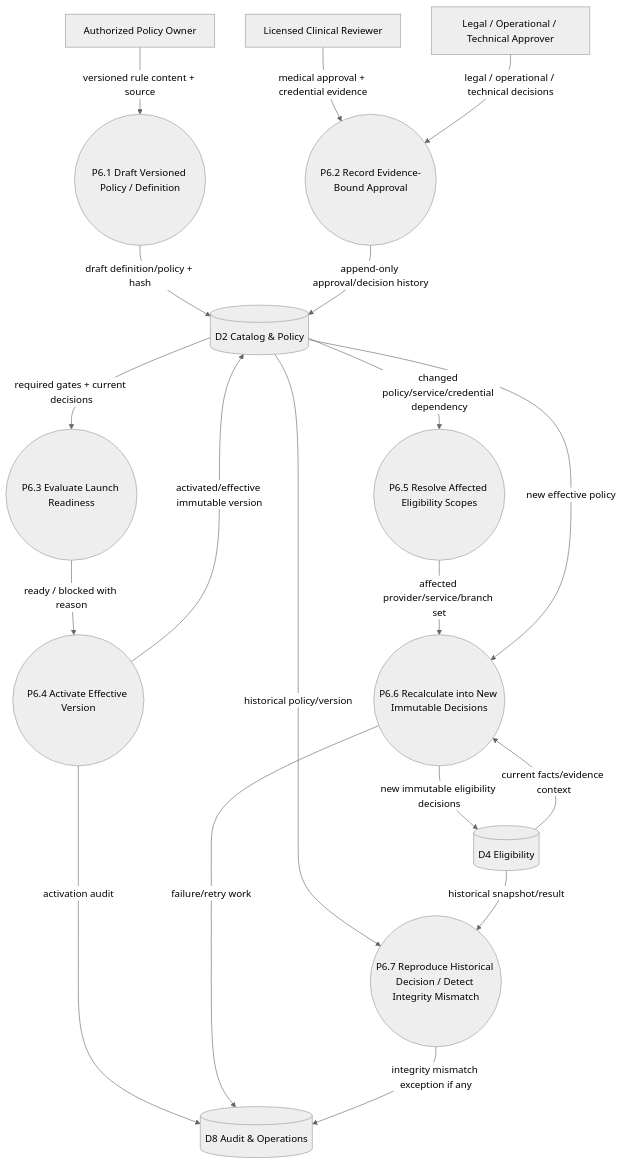
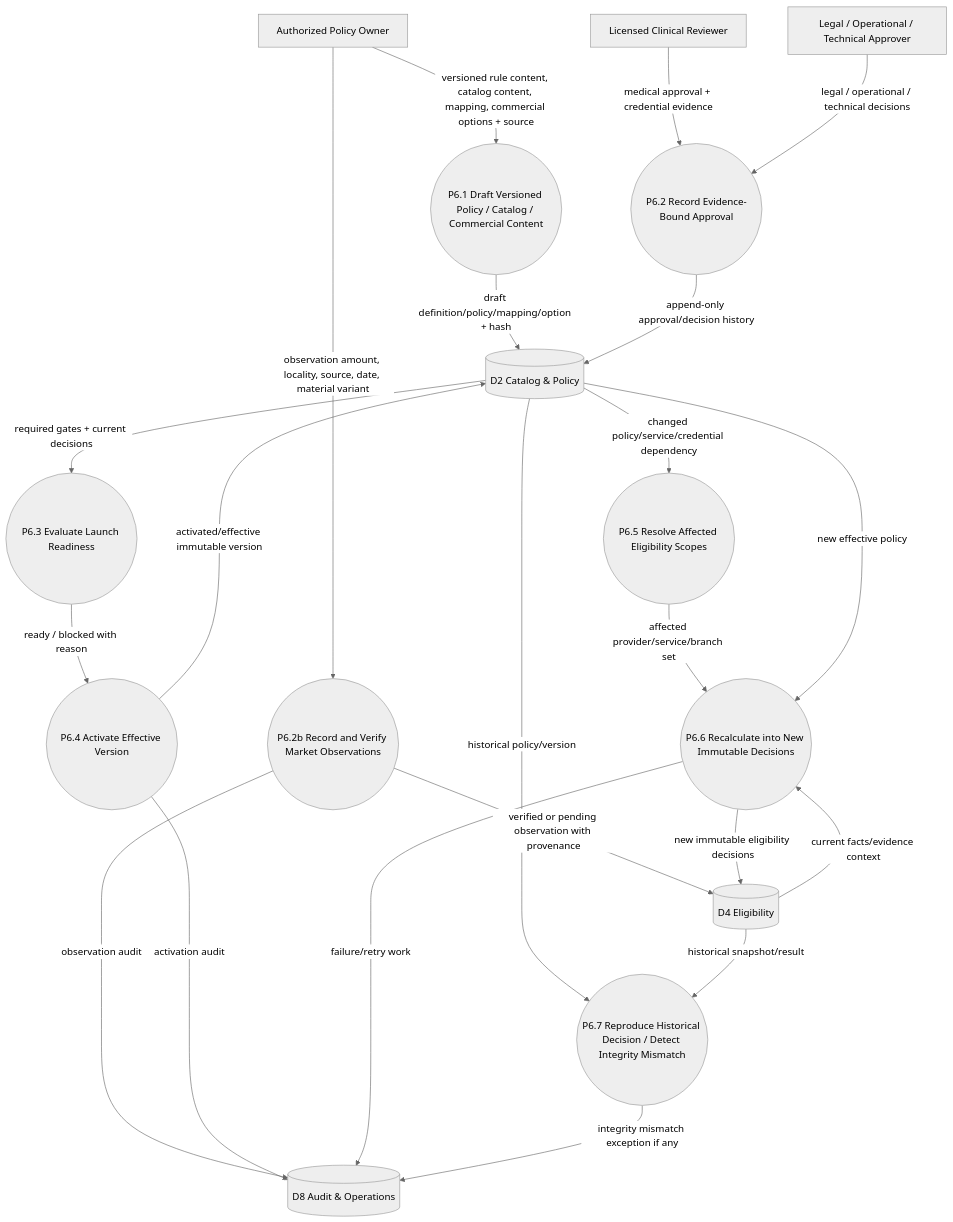
One commit to MustafaFares445/UperTib changed the tenth of 10 diagrams in docs/database/DFD.md. Above: the diagram before and after it, drawn with Mermaid (neutral theme). The commit also changed other lines of this file and 28 other files, not shown here.

````diff
--- a/docs/database/DFD.md
+++ b/docs/database/DFD.md
@@ -556,41 +567,46 @@
 ```mermaid
 flowchart TD
     POLICY[Authorized Policy Owner]
     CLINICAL[Licensed Clinical Reviewer]
     OPS[Legal / Operational / Technical Approver]
 
-    P81((P6.1 Draft Versioned Policy / Definition))
+    P81((P6.1 Draft Versioned Policy / Catalog / Commercial Content))
     P82((P6.2 Record Evidence-Bound Approval))
+    P82B((P6.2b Record and Verify Market Observations))
     P83((P6.3 Evaluate Launch Readiness))
     P84((P6.4 Activate Effective Version))
     P85((P6.5 Resolve Affected Eligibility Scopes))
     P86((P6.6 Recalculate into New Immutable Decisions))
     P87((P6.7 Reproduce Historical Decision / Detect Integrity Mismatch))
 
     D2[(D2 Catalog & Policy)]
     D4[(D4 Eligibility)]
     D8[(D8 Audit & Operations)]
 
-    POLICY -->|versioned rule content + source| P81
-    P81 -->|draft definition/policy + hash| D2
+    POLICY -->|versioned rule content, catalog content, mapping, commercial options + source| P81
+    P81 -->|draft definition/policy/mapping/option + hash| D2
+
+    POLICY -->|observation amount, locality, source, date, material variant| P82B
+    P82B -->|verified or pending observation with provenance| D4
+    P82B -->|observation audit| D8
 
     CLINICAL -->|medical approval + credential evidence| P82
     OPS -->|legal / operational / technical decisions| P82
     P82 -->|append-only approval/decision history| D2
 
     D2 -->|required gates + current decisions| P83
     P83 -->|ready / blocked with reason| P84
     P84 -->|activated/effective immutable version| D2
     P84 -->|activation audit| D8
 
     D2 -->|changed policy/service/credential dependency| P85
     P85 -->|affected provider/service/branch set| P86
     D4 -->|current facts/evidence context| P86
     D2 -->|new effective policy| P86
     P86 -->|new immutable eligibility decisions| D4
     P86 -->|failure/retry work| D8
 
     D2 -->|historical policy/version| P87
     D4 -->|historical snapshot/result| P87
     P87 -->|integrity mismatch exception if any| D8
 ```
````
